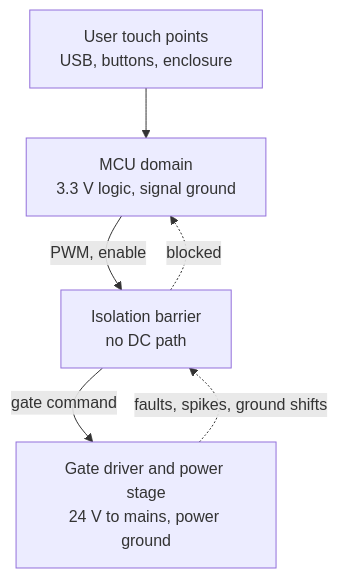
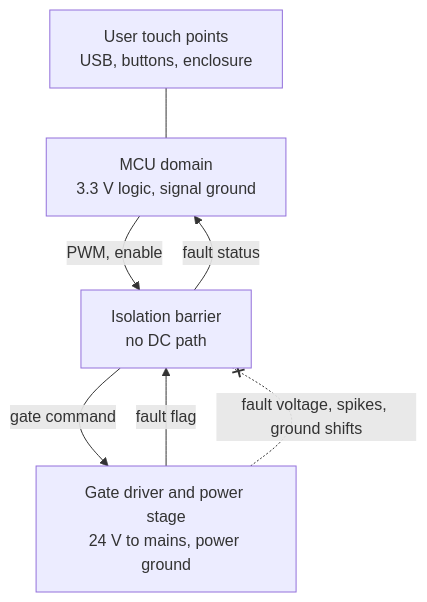
Before and after one commit to atallm7/monty-prep: the diagram in content/questions/q0432.md, drawn with Mermaid. The commit also changed other lines of this file and 22 other files, not shown here.

````diff
--- a/content/questions/q0432.md
+++ b/content/questions/q0432.md
@@ -128,8 +128,9 @@
 ```mermaid
 flowchart TB
+ D["User touch points<br/>USB, buttons, enclosure"] --- A
  A["MCU domain<br/>3.3 V logic, signal ground"] -->|"PWM, enable"| B["Isolation barrier<br/>no DC path"]
  B -->|"gate command"| C["Gate driver and power stage<br/>24 V to mains, power ground"]
- C -.->|"faults, spikes, ground shifts"| B
- B -.->|"blocked"| A
- D["User touch points<br/>USB, buttons, enclosure"] --> A
+ C -->|"fault flag"| B
+ B -->|"fault status"| A
+ C -.-x|"fault voltage, spikes, ground shifts"| B
 ```
````
